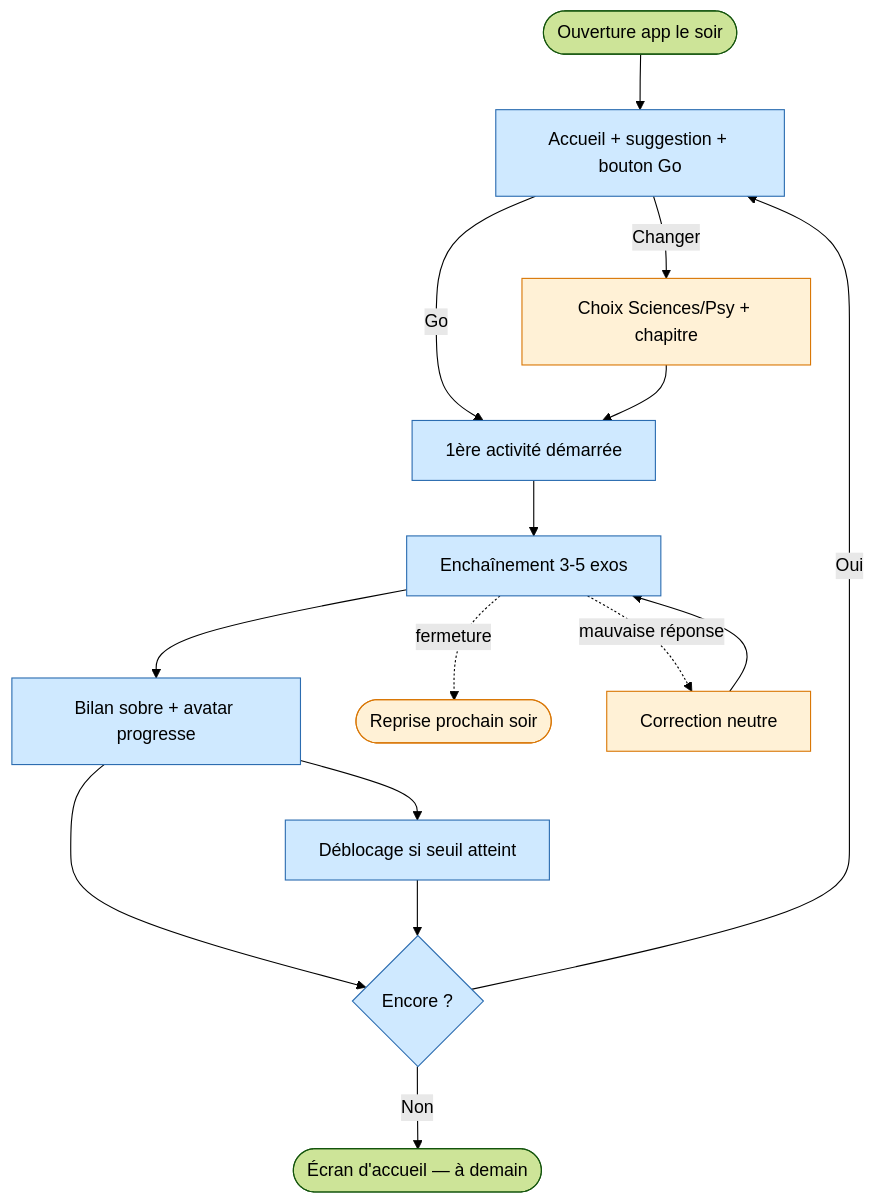
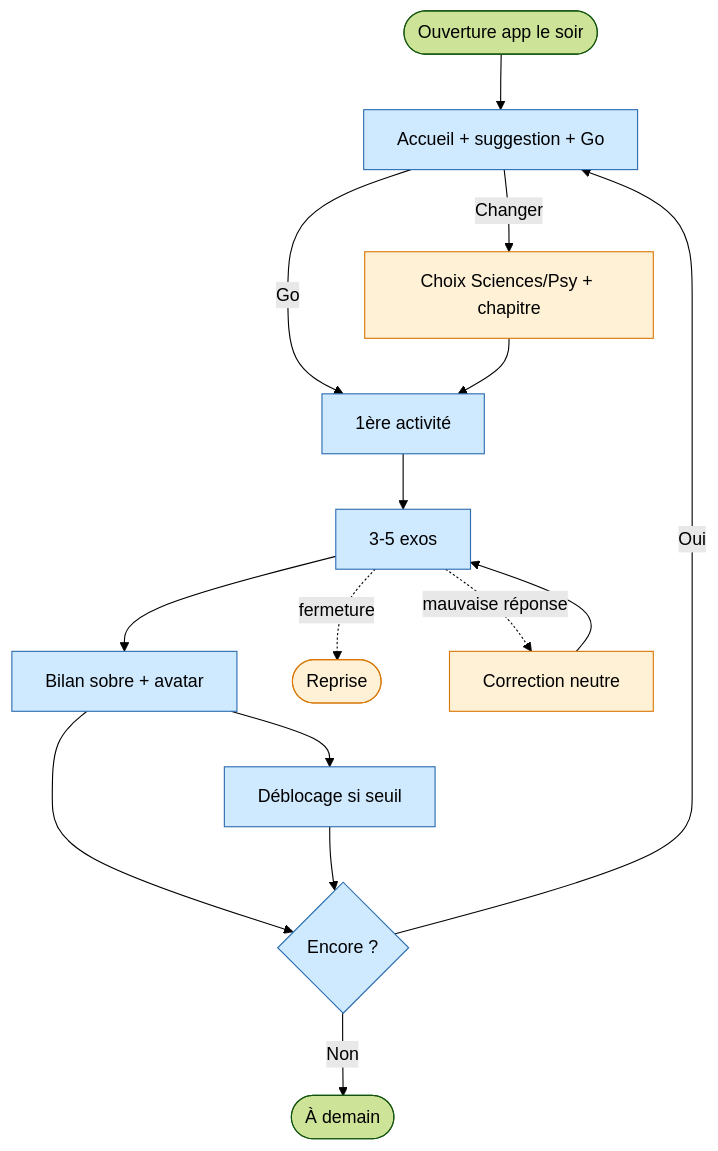
One commit to tnansot/juju-aviatrice changed the diagram in docs/02-discovery/journeys/journey-soir-semaine-smartphone.md. Above: the diagram before and after it, drawn with Mermaid (forest theme). The commit also changed other lines of this file and 11 other files, not shown here.

````diff
--- a/docs/02-discovery/journeys/journey-soir-semaine-smartphone.md
+++ b/docs/02-discovery/journeys/journey-soir-semaine-smartphone.md
@@ -130,22 +49,22 @@
 ```mermaid
 flowchart TD
-    Start([Ouverture app le soir]) --> S1[Accueil + suggestion + bouton Go]
-    S1 -- Go --> S2[1ère activité démarrée]
+    Start([Ouverture app le soir]) --> S1[Accueil + suggestion + Go]
+    S1 -- Go --> S2[1ère activité]
     S1 -- Changer --> AltA[Choix Sciences/Psy + chapitre]
     AltA --> S2
-    S2 --> S3[Enchaînement 3-5 exos]
-    S3 --> S4[Bilan sobre + avatar progresse]
+    S2 --> S3[3-5 exos]
+    S3 --> S4[Bilan sobre + avatar]
     S4 --> S5{Encore ?}
     S5 -- Oui --> S1
-    S5 -- Non --> End([Écran d'accueil — à demain])
-    S4 --> S6[Déblocage si seuil atteint]
+    S5 -- Non --> End([À demain])
+    S4 --> S6[Déblocage si seuil]
     S6 --> S5
-    S3 -. fermeture .-> Reprise([Reprise prochain soir])
+    S3 -. fermeture .-> Reprise([Reprise])
     S3 -. mauvaise réponse .-> S3Bis[Correction neutre]
     S3Bis --> S3
 
     classDef m0 fill:#cfe9ff,stroke:#2b6cb0
     classDef alt fill:#fff1d6,stroke:#d97706
     class S1,S2,S3,S4,S5,S6 m0
     class AltA,Reprise,S3Bis alt
 ```
````
